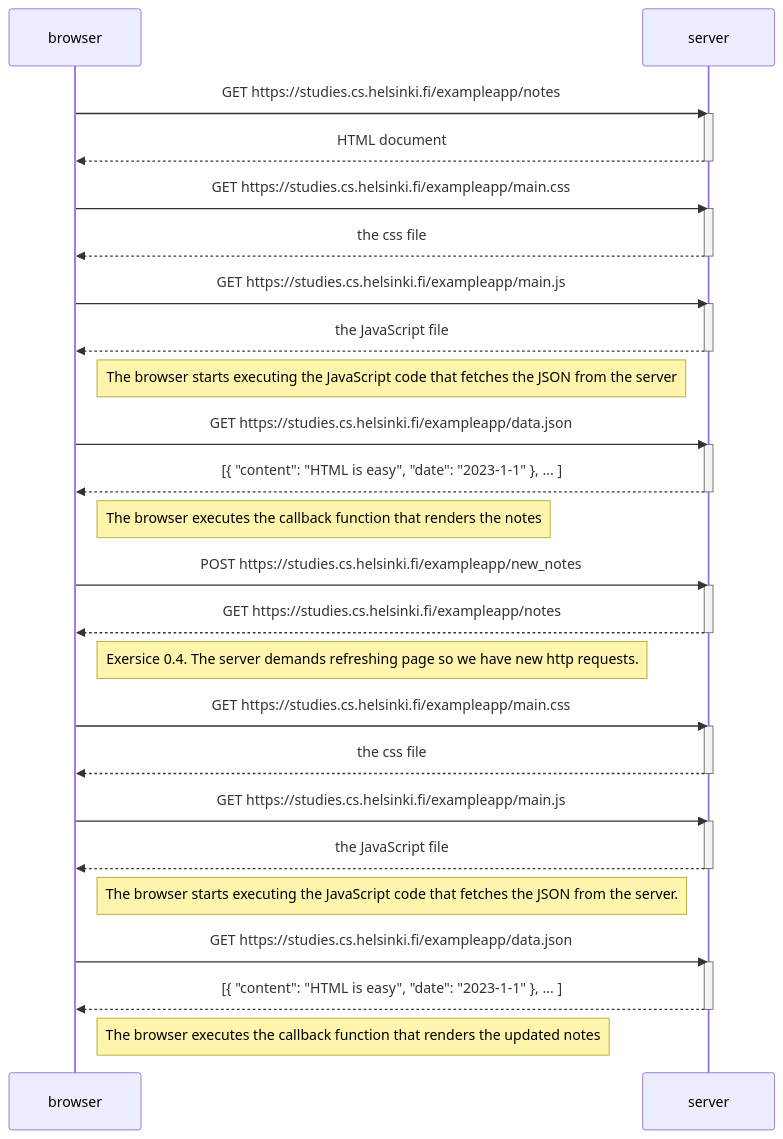
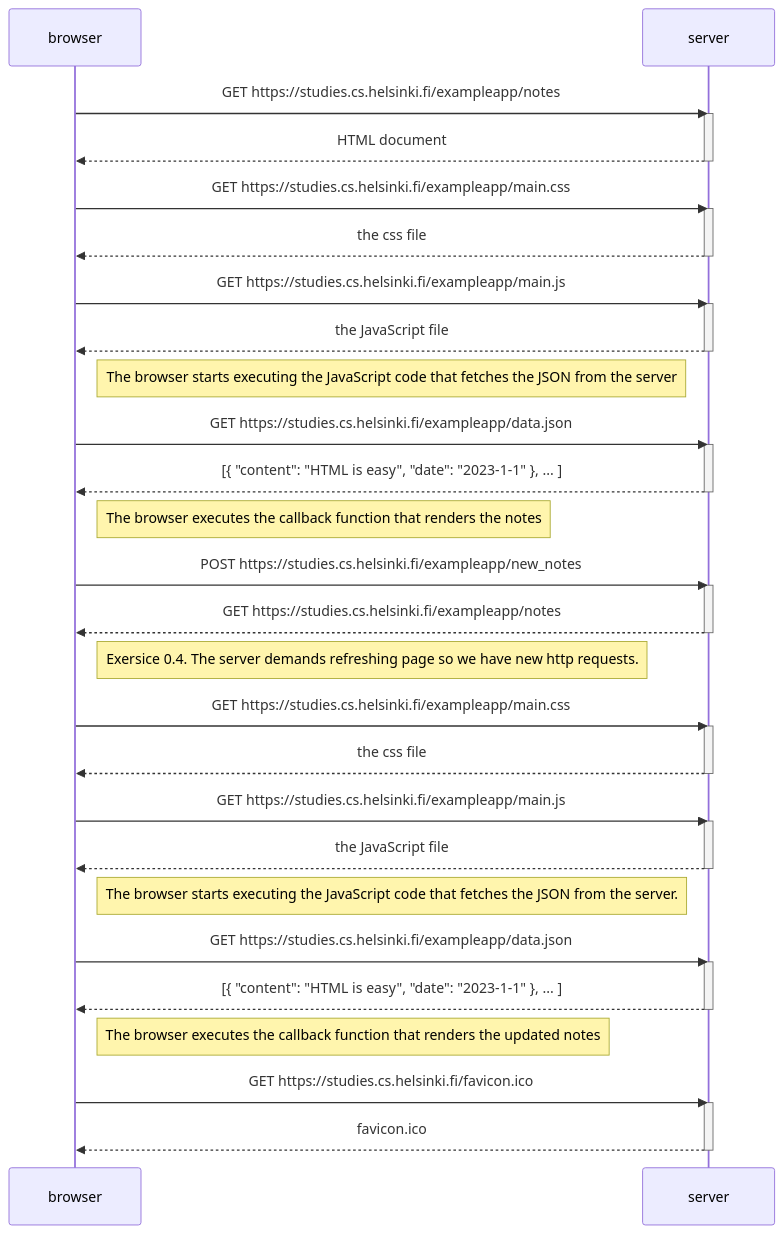
One commit to z1skgr/FullOpenStack2023 changed the diagram in Part 0/Ex0.4/4.md. Above: the diagram before and after it, drawn with Mermaid.

````diff
--- a/Part 0/Ex0.4/4.md
+++ b/Part 0/Ex0.4/4.md
@@ -2,55 +2,60 @@
 ```mermaid
 
 sequenceDiagram
     participant browser
     participant server
     
     browser->>server: GET https://studies.cs.helsinki.fi/exampleapp/notes
     activate server
     server-->>browser: HTML document
     deactivate server
     
     browser->>server: GET https://studies.cs.helsinki.fi/exampleapp/main.css
     activate server
     server-->>browser: the css file
     deactivate server
     
     browser->>server: GET https://studies.cs.helsinki.fi/exampleapp/main.js
     activate server
     server-->>browser: the JavaScript file
     deactivate server
     
     Note right of browser: The browser starts executing the JavaScript code that fetches the JSON from the server
     
     browser->>server: GET https://studies.cs.helsinki.fi/exampleapp/data.json
     activate server
     server-->>browser: [{ "content": "HTML is easy", "date": "2023-1-1" }, ... ]
     deactivate server    
 
     Note right of browser: The browser executes the callback function that renders the notes 
 
 browser->>server: POST https://studies.cs.helsinki.fi/exampleapp/new_notes
     activate server
     server-->>browser: GET https://studies.cs.helsinki.fi/exampleapp/notes
     deactivate server
     Note right of browser: Exersice 0.4. The server demands refreshing page so we have new http requests. 
     browser->>server: GET https://studies.cs.helsinki.fi/exampleapp/main.css
     activate server
     server-->>browser: the css file
     deactivate server
     
     browser->>server: GET https://studies.cs.helsinki.fi/exampleapp/main.js
     activate server
     server-->>browser: the JavaScript file
     deactivate server
     
     Note right of browser: The browser starts executing the JavaScript code that fetches the JSON from the server.
     
     browser->>server: GET https://studies.cs.helsinki.fi/exampleapp/data.json
     activate server
     server-->>browser: [{ "content": "HTML is easy", "date": "2023-1-1" }, ... ]
     deactivate server    
 
     Note right of browser: The browser executes the callback function that renders the updated notes 
+    
+    browser->>server: GET https://studies.cs.helsinki.fi/favicon.ico
+    activate server
+    server-->>browser: favicon.ico
+    deactivate server
 
 ```
````
